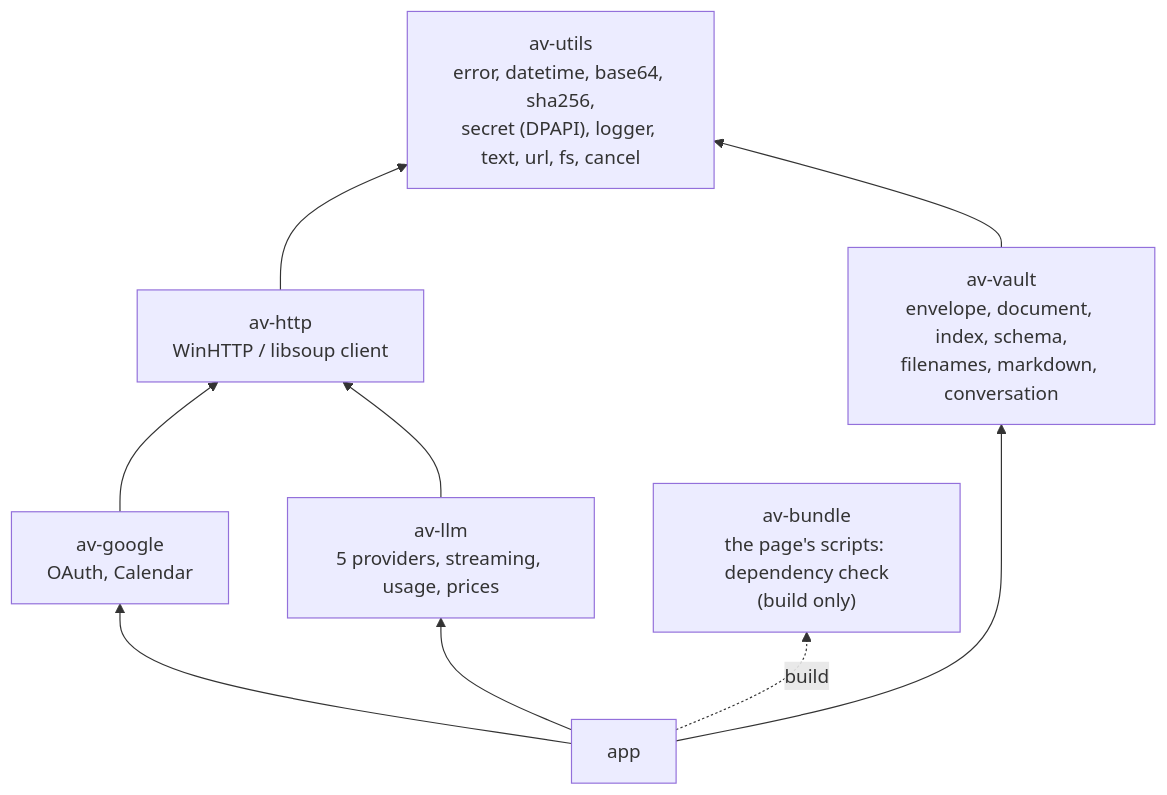
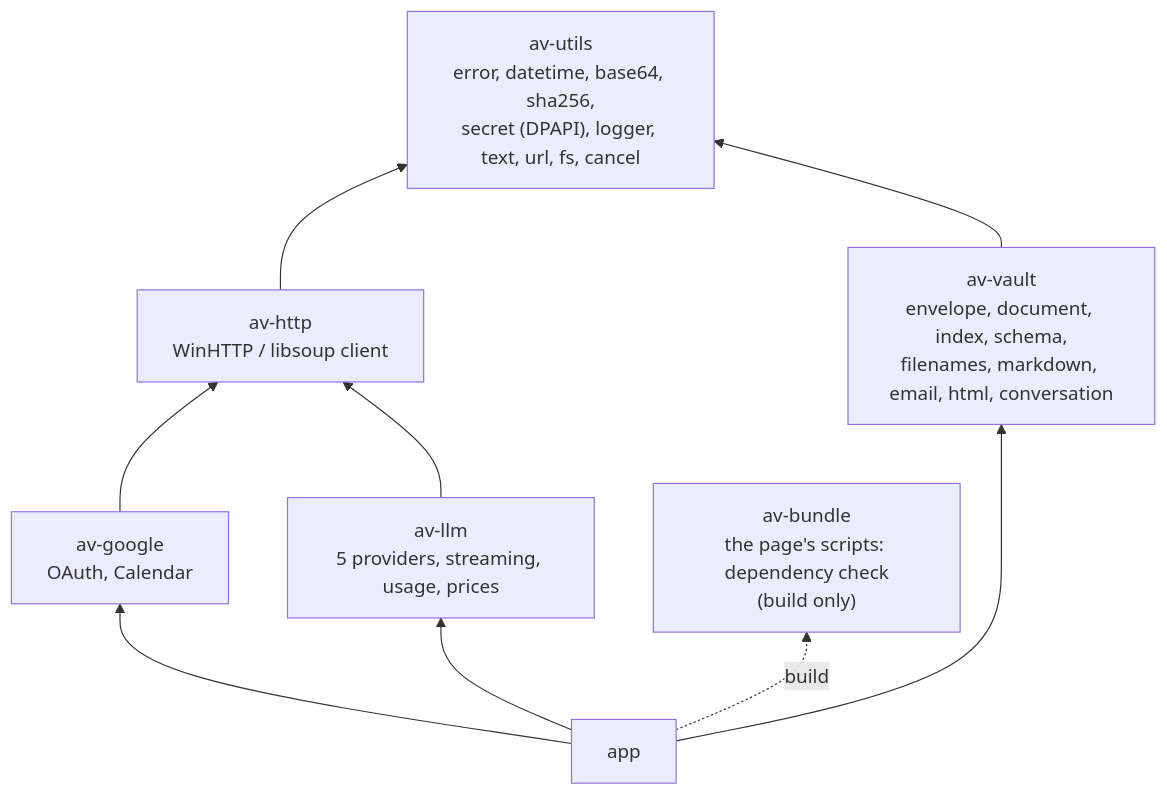
One commit to steschu77/avelor changed the diagram in docs/architecture.md. Above: the diagram before and after it, drawn with Mermaid. The commit also changed other lines of this file and 11 other files, not shown here.

First line of the commit message:
feat(av-vault): mail into markdown

````diff
--- a/docs/architecture.md
+++ b/docs/architecture.md
@@ -228,18 +228,18 @@
 ```mermaid
 flowchart BT
     utils["av-utils<br/>error, datetime, base64, sha256,<br/>secret (DPAPI), logger, text, url, fs, cancel"]
     http["av-http<br/>WinHTTP / libsoup client"]
-    vault["av-vault<br/>envelope, document, index, schema,<br/>filenames, markdown, conversation"]
+    vault["av-vault<br/>envelope, document, index, schema,<br/>filenames, markdown, email, html, conversation"]
     google["av-google<br/>OAuth, Calendar"]
     llm["av-llm<br/>5 providers, streaming, usage, prices"]
     bundle["av-bundle<br/>the page's scripts: dependency check<br/>(build only)"]
     app["app"]
     http --> utils
     vault --> utils
     google --> http
     llm --> http
     app --> vault
     app --> google
     app --> llm
     app -. build .-> bundle
 ```
````
